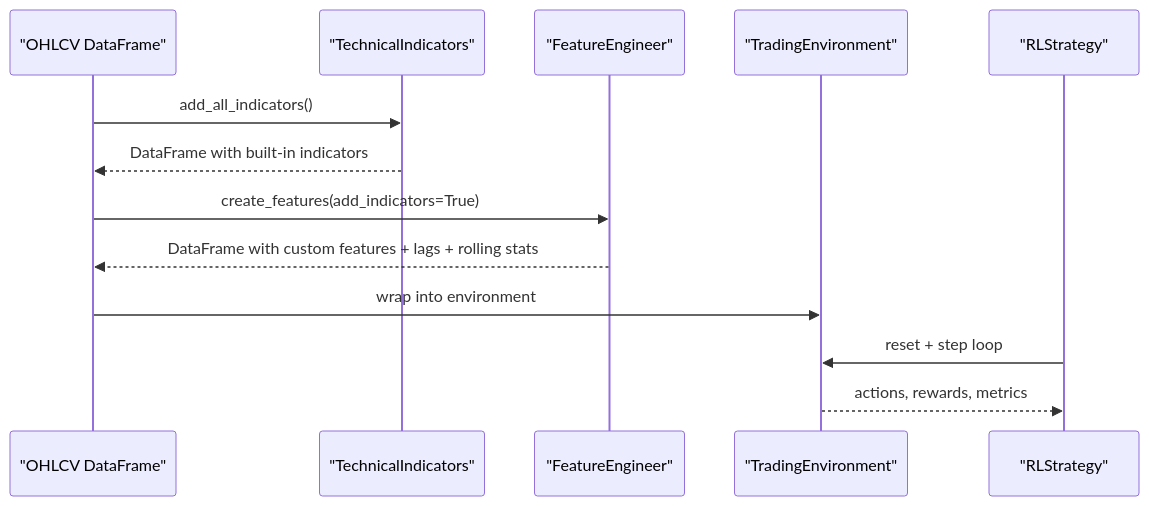
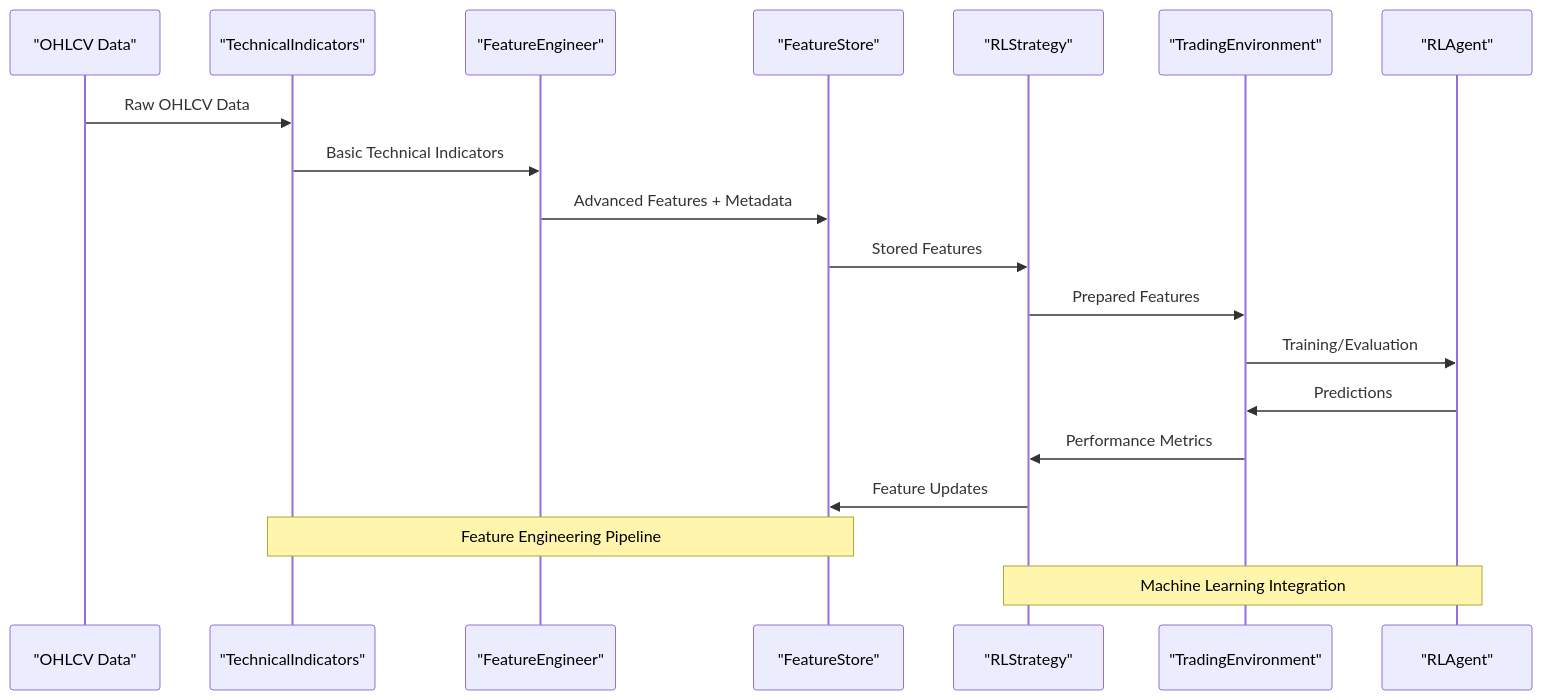
One commit to cavraeg-eng/Trading-App changed the second of 7 diagrams in .qoder/repowiki/en/content/Data Management/Technical Indicators.md. Above: the diagram before and after it, drawn with Mermaid. The commit also changed other lines of this file and 50 other files, not shown here.

````diff
--- a/.qoder/repowiki/en/content/Data Management/Technical Indicators.md
+++ b/.qoder/repowiki/en/content/Data Management/Technical Indicators.md
@@ -107,15 +137,21 @@
 ```mermaid
 sequenceDiagram
-participant DF as "OHLCV DataFrame"
+participant Data as "OHLCV Data"
 participant TI as "TechnicalIndicators"
 participant FE as "FeatureEngineer"
-participant ENV as "TradingEnvironment"
-participant RS as "RLStrategy"
-DF->>TI : add_all_indicators()
-TI-->>DF : DataFrame with built-in indicators
-DF->>FE : create_features(add_indicators=True)
-FE-->>DF : DataFrame with custom features + lags + rolling stats
-DF->>ENV : wrap into environment
-RS->>ENV : reset + step loop
-ENV-->>RS : actions, rewards, metrics
+participant FS as "FeatureStore"
+participant RL as "RLStrategy"
+participant Env as "TradingEnvironment"
+participant Agent as "RLAgent"
+Data->>TI : Raw OHLCV Data
+TI->>FE : Basic Technical Indicators
+FE->>FS : Advanced Features + Metadata
+FS->>RL : Stored Features
+RL->>Env : Prepared Features
+Env->>Agent : Training/Evaluation
+Agent->>Env : Predictions
+Env->>RL : Performance Metrics
+RL->>FS : Feature Updates
+Note over TI,FS : Feature Engineering Pipeline
+Note over RL,Agent : Machine Learning Integration
 ```
````
